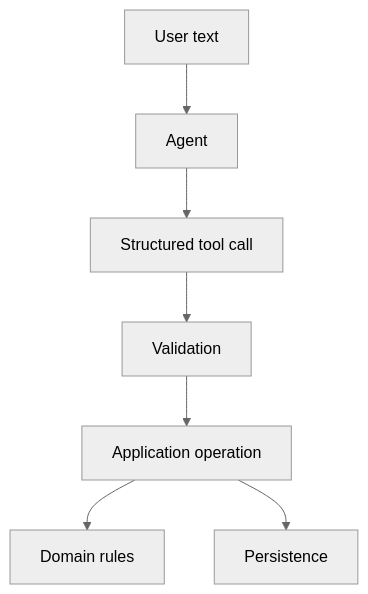
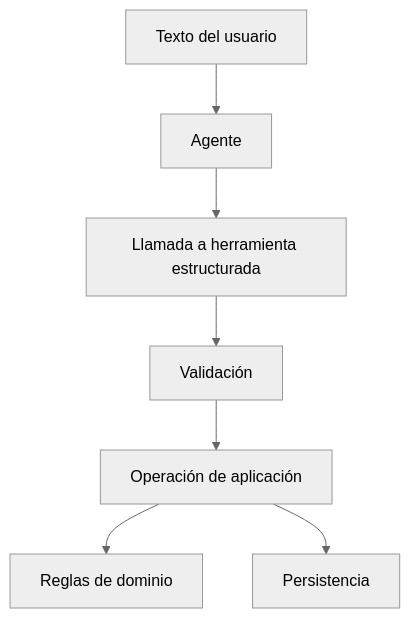
The second of 2 diagrams in docs/development-methodology.md (tomashevia27/gastobot), drawn with Mermaid (neutral theme) before and after one commit. The commit also changed other lines of this file and 13 other files, not shown here.

```diff
--- a/docs/development-methodology.md
+++ b/docs/development-methodology.md
@@ -167,9 +167,9 @@
 ~~~mermaid
 flowchart TD
-    Text["User text"] --> Agent["Agent"]
-    Agent --> Tool["Structured tool call"]
-    Tool --> Validate["Validation"]
-    Validate --> App["Application operation"]
-    App --> Rules["Domain rules"]
-    App --> DB["Persistence"]
+    Text["Texto del usuario"] --> Agent["Agente"]
+    Agent --> Tool["Llamada a herramienta estructurada"]
+    Tool --> Validate["Validación"]
+    Validate --> App["Operación de aplicación"]
+    App --> Rules["Reglas de dominio"]
+    App --> DB["Persistencia"]
 ~~~
```
